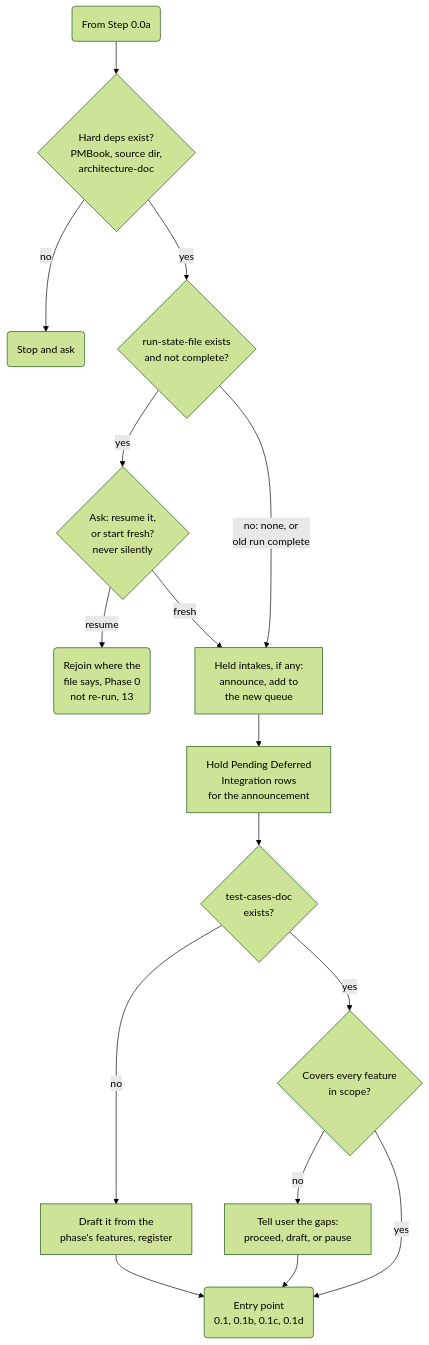
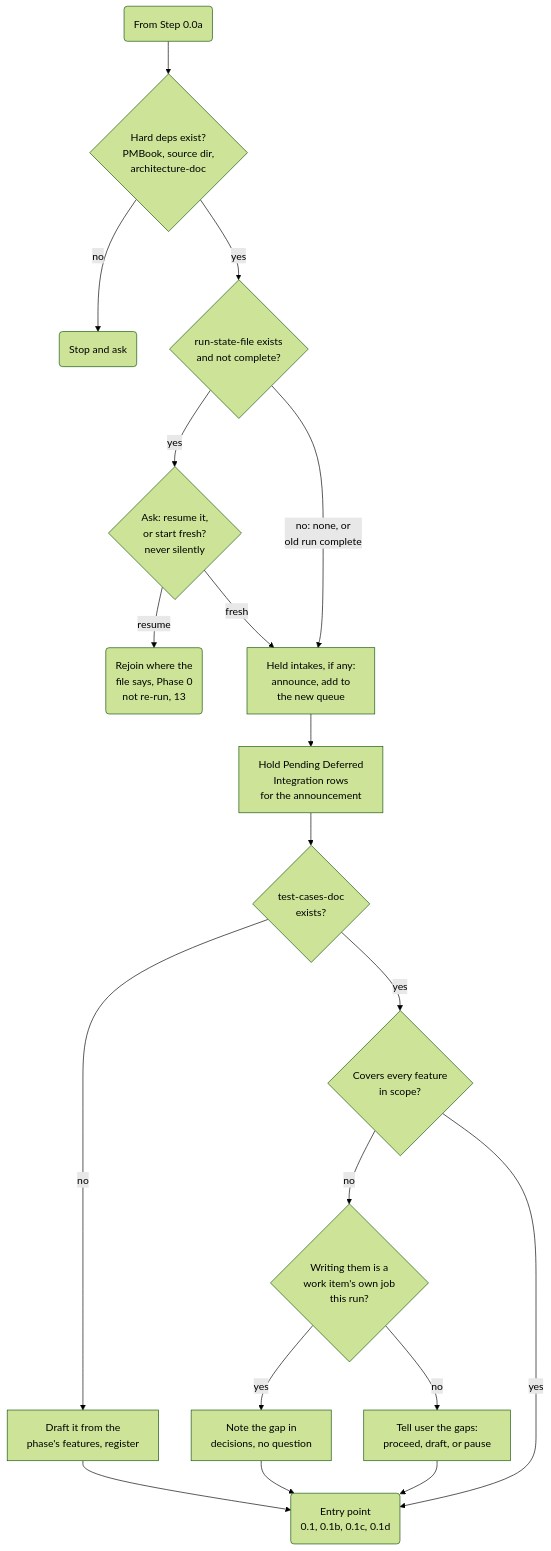
Before and after one commit to muhammedalikhan86/claude-stash: the second of 4 diagrams in skills/plugin-orchestrator-development-pattern/mermaid/02-phase0-setup.md, drawn with Mermaid (forest theme). The commit also changed other lines of this file and 32 other files, not shown here.

````diff
--- a/skills/plugin-orchestrator-development-pattern/mermaid/02-phase0-setup.md
+++ b/skills/plugin-orchestrator-development-pattern/mermaid/02-phase0-setup.md
@@ -37,18 +37,21 @@
 ```mermaid
 flowchart TD
     In("From Step 0.0a") --> Hard{"Hard deps exist?<br/>PMBook, source dir,<br/>architecture-doc"}
     Hard -->|"no"| AskDeps("Stop and ask")
     Hard -->|"yes"| Res{"run-state-file exists<br/>and not complete?"}
     Res -->|"yes"| AskRes{"Ask: resume it,<br/>or start fresh?<br/>never silently"}
     AskRes -->|"resume"| Rebuild("Rejoin where the<br/>file says, Phase 0<br/>not re-run, 13")
     AskRes -->|"fresh"| Held
     Res -->|"no: none, or<br/>old run complete"| Held["Held intakes, if any:<br/>announce, add to<br/>the new queue"]
     Held --> Def["Hold Pending Deferred<br/>Integration rows<br/>for the announcement"]
     Def --> TC{"test-cases-doc<br/>exists?"}
     TC -->|"no"| Draft["Draft it from the<br/>phase's features, register"]
     TC -->|"yes"| Thin{"Covers every feature<br/>in scope?"}
-    Thin -->|"no"| AskGap["Tell user the gaps:<br/>proceed, draft, or pause"]
+    Thin -->|"no"| Own{"Writing them is a<br/>work item's own job<br/>this run?"}
+    Own -->|"yes"| Note["Note the gap in<br/>decisions, no question"]
+    Own -->|"no"| AskGap["Tell user the gaps:<br/>proceed, draft, or pause"]
+    Note --> Entry
     Thin -->|"yes"| Entry
     Draft --> Entry("Entry point<br/>0.1, 0.1b, 0.1c, 0.1d")
     AskGap --> Entry
 ```
````
